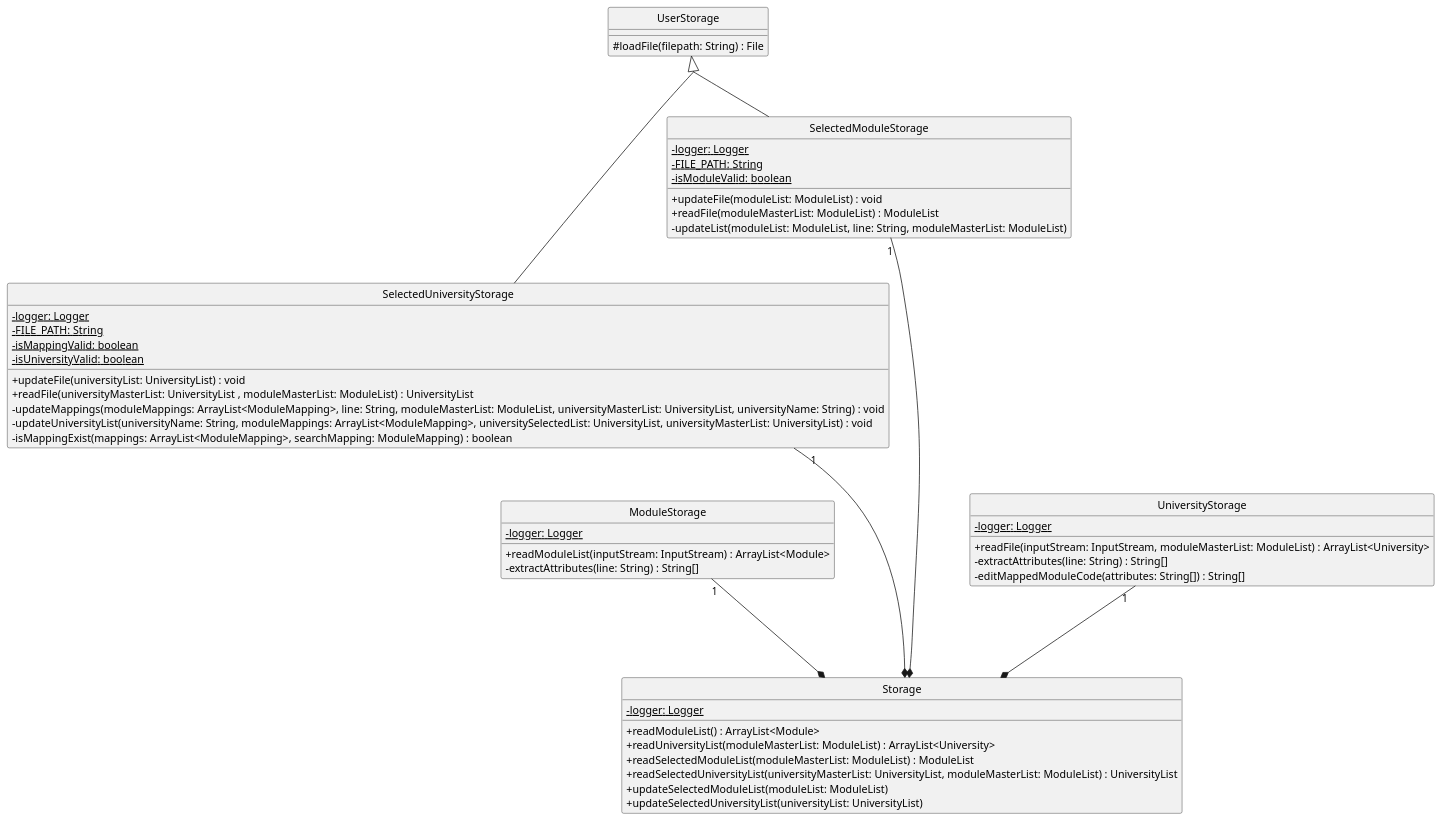
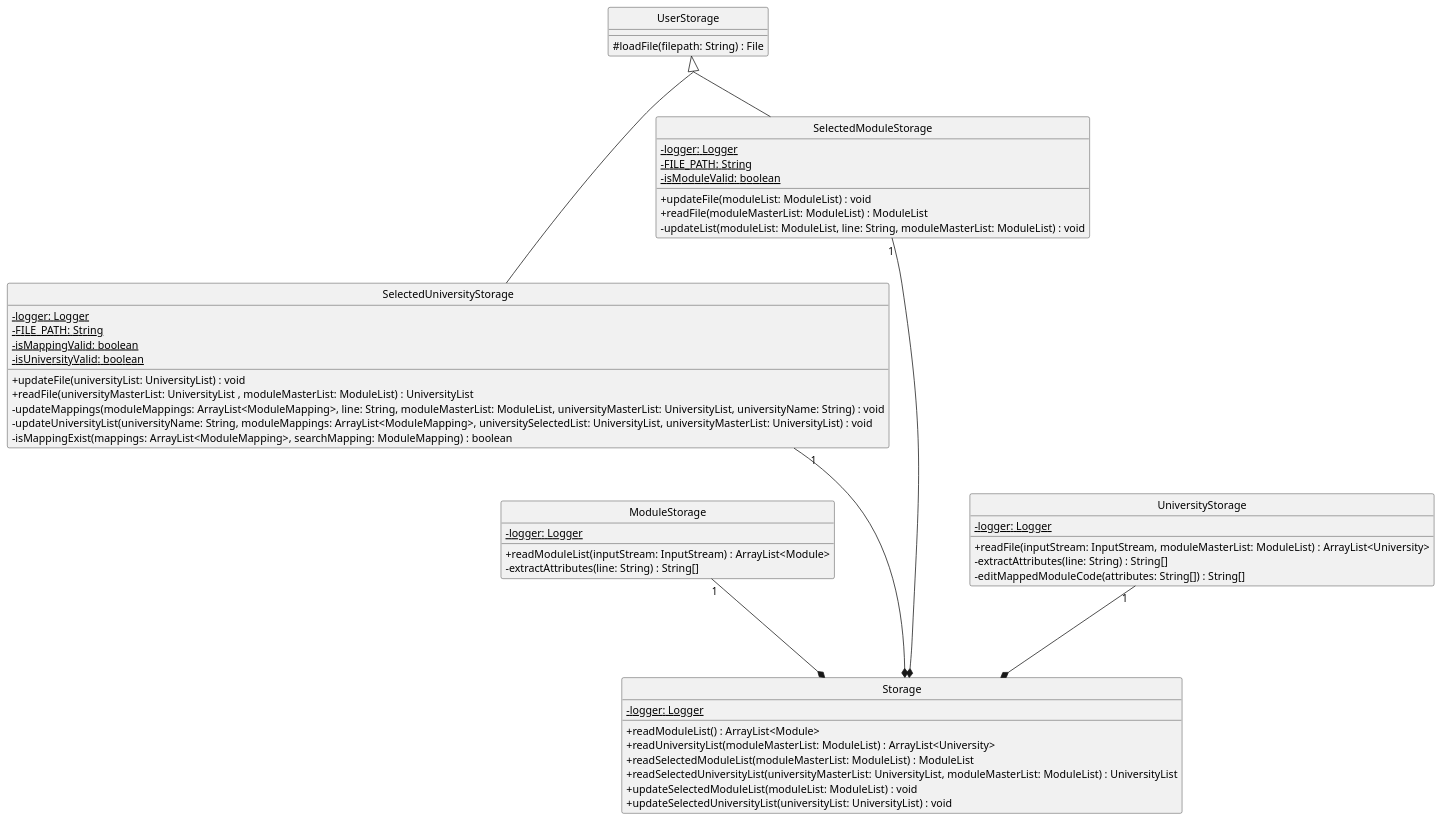
Before and after one commit to nus-cs2113-AY2122S1/tp: the diagram in docs/umls/storage.puml, drawn with PlantUML. The commit also changed 4 other files, not shown here.

Commit message:
Updating the storage uml

```diff
--- a/docs/umls/storage.puml
+++ b/docs/umls/storage.puml
@@ -1,51 +1,53 @@
 @startuml
 hide circle
 skinparam classAttributeIconSize 0
 skinparam groupInheritance 2
+skinparam maxLength 128
+
+class Storage {
+    - {static} logger: Logger
+    + readModuleList() : ArrayList<Module>
+    + readUniversityList(moduleMasterList: ModuleList) : ArrayList<University>
+    + readSelectedModuleList(moduleMasterList: ModuleList) : ModuleList
+    + readSelectedUniversityList(universityMasterList: UniversityList, moduleMasterList: ModuleList) : UniversityList
+    + updateSelectedModuleList(moduleList: ModuleList) : void
+    + updateSelectedUniversityList(universityList: UniversityList) : void
+}
 
 ModuleStorage "1" ---* Storage
     ModuleStorage : - {static} logger: Logger
     ModuleStorage : + readModuleList(inputStream: InputStream) : ArrayList<Module>
     ModuleStorage : - extractAttributes(line: String) : String[]
 
 UserStorage <|-- SelectedUniversityStorage
 SelectedUniversityStorage "1" ----* Storage
     SelectedUniversityStorage : - {static} logger: Logger
     SelectedUniversityStorage : - {static} FILE_PATH: String
     SelectedUniversityStorage : - {static} isMappingValid: boolean
     SelectedUniversityStorage : - {static} isUniversityValid: boolean
     SelectedUniversityStorage : + updateFile(universityList: UniversityList) : void
     SelectedUniversityStorage : + readFile(universityMasterList: UniversityList , moduleMasterList: ModuleList) : UniversityList
     SelectedUniversityStorage : - updateMappings(moduleMappings: ArrayList<ModuleMapping>, line: String, moduleMasterList: ModuleList, universityMasterList: UniversityList, universityName: String) : void
     SelectedUniversityStorage : - updateUniversityList(universityName: String, moduleMappings: ArrayList<ModuleMapping>, universitySelectedList: UniversityList, universityMasterList: UniversityList) : void
     SelectedUniversityStorage : - isMappingExist(mappings: ArrayList<ModuleMapping>, searchMapping: ModuleMapping) : boolean
 
 UserStorage <|-- SelectedModuleStorage
 SelectedModuleStorage "1" -----* Storage
      SelectedModuleStorage : - {static} logger: Logger
      SelectedModuleStorage : - {static} FILE_PATH: String
      SelectedModuleStorage : - {static} isModuleValid: boolean
      SelectedModuleStorage : + updateFile(moduleList: ModuleList) : void
      SelectedModuleStorage : + readFile(moduleMasterList: ModuleList) : ModuleList
-     SelectedModuleStorage : - updateList(moduleList: ModuleList, line: String, moduleMasterList: ModuleList)
+     SelectedModuleStorage : - updateList(moduleList: ModuleList, line: String, moduleMasterList: ModuleList) : void
 
 UniversityStorage "1" ---* Storage
     UniversityStorage : - {static} logger: Logger
     UniversityStorage : + readFile(inputStream: InputStream, moduleMasterList: ModuleList) : ArrayList<University>
     UniversityStorage : - extractAttributes(line: String) : String[]
     UniversityStorage : - editMappedModuleCode(attributes: String[]) : String[]
 
 class UserStorage {
     # loadFile(filepath: String) : File
 }
 
-class Storage {
-    - {static} logger: Logger
-    + readModuleList() : ArrayList<Module>
-    + readUniversityList(moduleMasterList: ModuleList) : ArrayList<University>
-    + readSelectedModuleList(moduleMasterList: ModuleList) : ModuleList
-    + readSelectedUniversityList(universityMasterList: UniversityList, moduleMasterList: ModuleList) : UniversityList
-    + updateSelectedModuleList(moduleList: ModuleList)
-    + updateSelectedUniversityList(universityList: UniversityList)
-}
 @enduml
```
